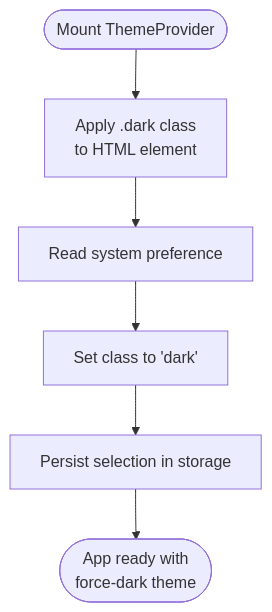
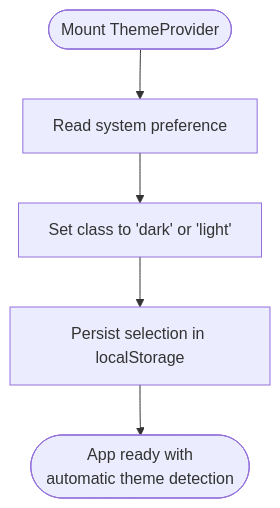
One commit to alikizang/datafrica changed the third of 5 diagrams in .qoder/repowiki/en/content/UI Components/Theme System.md. Above: the diagram before and after it, drawn with Mermaid. The commit also changed other lines of this file and 21 other files, not shown here.

````diff
--- a/.qoder/repowiki/en/content/UI Components/Theme System.md
+++ b/.qoder/repowiki/en/content/UI Components/Theme System.md
@@ -156,8 +154,7 @@
 ```mermaid
 flowchart TD
-Start(["Mount ThemeProvider"]) --> ForceDark["Apply .dark class<br/>to HTML element"]
-ForceDark --> Detect["Read system preference"]
-Detect --> SetClass["Set <html> class to 'dark'"]
-SetClass --> Persist["Persist selection in storage"]
-Persist --> Ready(["App ready with<br/>force-dark theme"])
+Start(["Mount ThemeProvider"]) --> Detect["Read system preference"]
+Detect --> SetClass["Set <html> class to 'dark' or 'light'"]
+SetClass --> Persist["Persist selection in localStorage"]
+Persist --> Ready(["App ready with<br/>automatic theme detection"])
 ```
````
